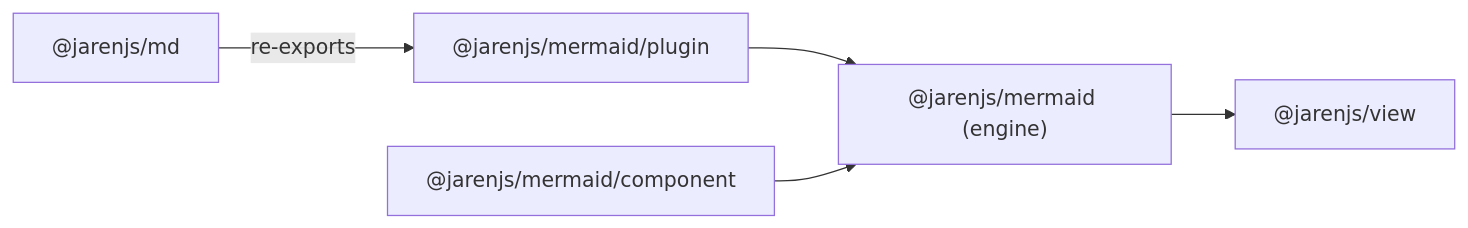
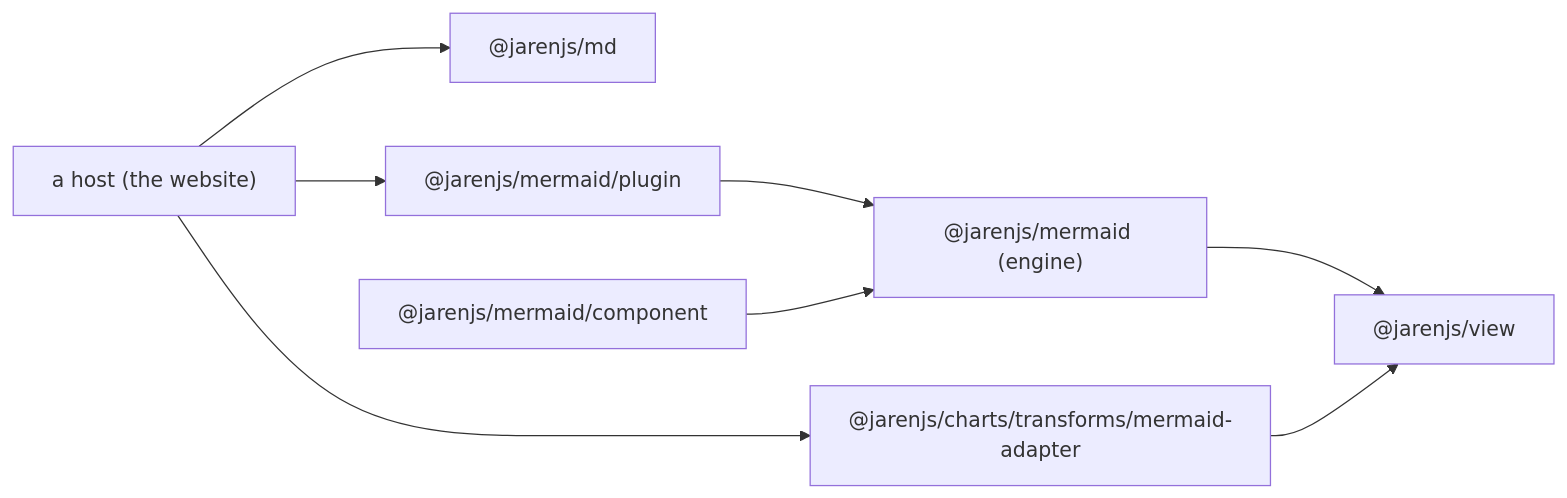
The first of 2 diagrams in components/mermaid/ARCHITECTURE.md (jklarenbeek/jarenjs), drawn with Mermaid before and after one commit. The commit also changed other lines of this file and 87 other files, not shown here.

Commit message:
Cut the md-to-mermaid and mermaid-to-charts imports with an injected pie renderer and gated the component rule, added jaren-emit importmap on one export expansion, and gave every query error a message id that all eleven locale packs translate

````diff
--- a/components/mermaid/ARCHITECTURE.md
+++ b/components/mermaid/ARCHITECTURE.md
@@ -25,7 +26,10 @@
 ```mermaid
 flowchart LR
-  md["@jarenjs/md"] -->|re-exports| plugin["@jarenjs/mermaid/plugin"]
+  host["a host (the website)"] --> md["@jarenjs/md"]
+  host --> plugin["@jarenjs/mermaid/plugin"]
+  host --> adapter["@jarenjs/charts/transforms/mermaid-adapter"]
   plugin --> engine["@jarenjs/mermaid (engine)"]
   component["@jarenjs/mermaid/component"] --> engine
   engine --> view["@jarenjs/view"]
+  adapter --> view
 ```
````
